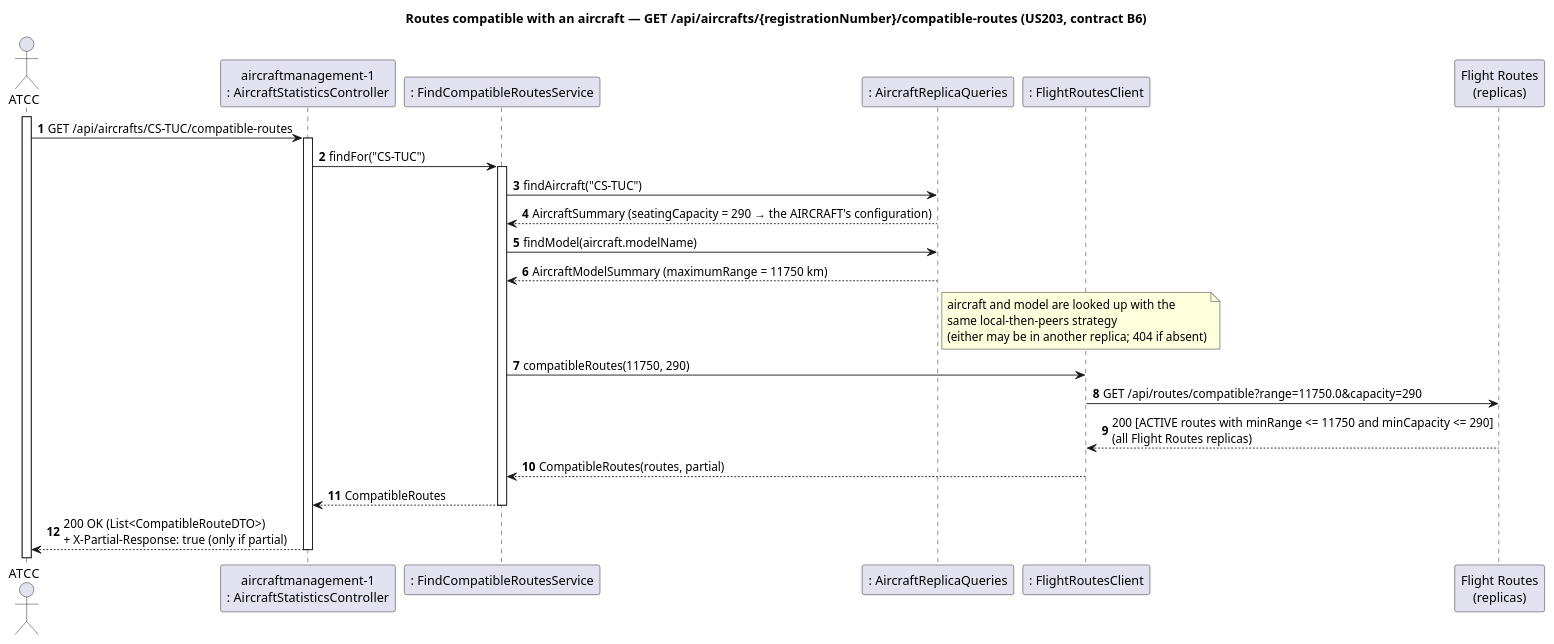
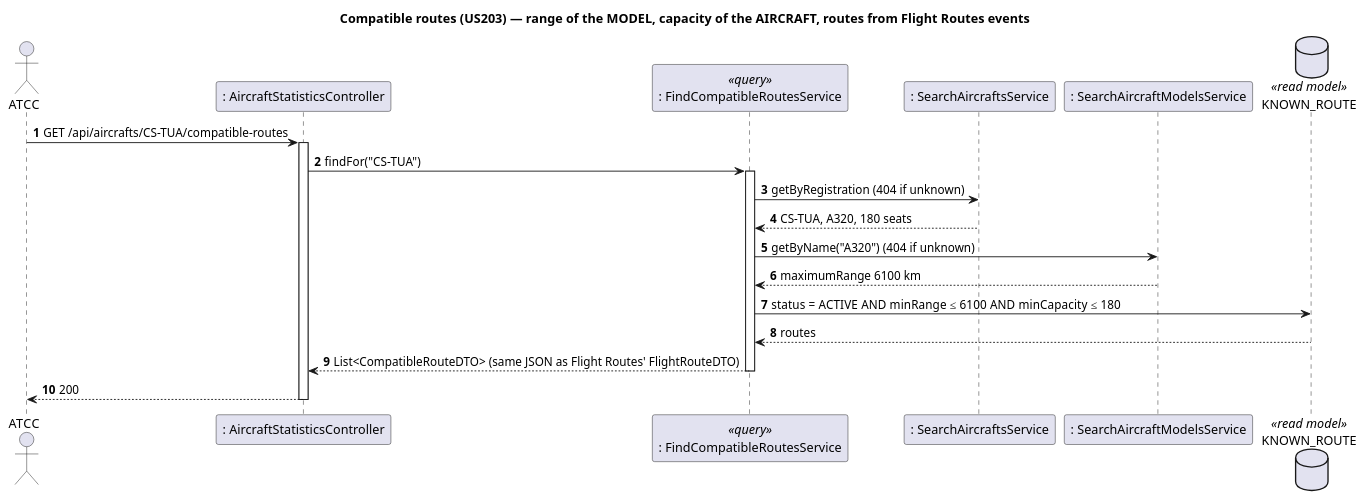
One commit to caetanotiago/Project_SIDIS changed the diagram in docs/5-scenarios/aircraftmanagement/puml/AircraftManagement-SD-CompatibleRoutes.puml. Above: the diagram before and after it, drawn with PlantUML. The commit also changed 146 other files, not shown here.

Commit message:
Aircraft Management: Assignment 2 (CQRS, eventos RabbitMQ, read models, /api/v2/unicorns)

```diff
--- a/docs/5-scenarios/aircraftmanagement/puml/AircraftManagement-SD-CompatibleRoutes.puml
+++ b/docs/5-scenarios/aircraftmanagement/puml/AircraftManagement-SD-CompatibleRoutes.puml
@@ -1,29 +1,25 @@
 @startuml AircraftManagement-SD-CompatibleRoutes
 autonumber
-title Routes compatible with an aircraft — GET /api/aircrafts/{registrationNumber}/compatible-routes (US203, contract B6)
+title Compatible routes (US203) — range of the MODEL, capacity of the AIRCRAFT, routes from Flight Routes events
 actor "ATCC" as ATCC
-participant "aircraftmanagement-1\n: AircraftStatisticsController" as Ctrl
-participant ": FindCompatibleRoutesService" as Service
-participant ": AircraftReplicaQueries" as Queries
-participant ": FlightRoutesClient" as FRC
-participant "Flight Routes\n(replicas)" as FR
+participant ": AircraftStatisticsController" as Ctrl
+participant ": FindCompatibleRoutesService" as S <<query>>
+participant ": SearchAircraftsService" as A
+participant ": SearchAircraftModelsService" as M
+database "KNOWN_ROUTE" as K <<read model>>
 
-activate ATCC
-ATCC -> Ctrl : GET /api/aircrafts/CS-TUC/compatible-routes
+ATCC -> Ctrl : GET /api/aircrafts/CS-TUA/compatible-routes
 activate Ctrl
-Ctrl -> Service : findFor("CS-TUC")
-activate Service
-Service -> Queries : findAircraft("CS-TUC")
-Queries --> Service : AircraftSummary (seatingCapacity = 290 → the AIRCRAFT's configuration)
-Service -> Queries : findModel(aircraft.modelName)
-Queries --> Service : AircraftModelSummary (maximumRange = 11750 km)
-note right of Queries : aircraft and model are looked up with the\nsame local-then-peers strategy\n(either may be in another replica; 404 if absent)
-Service -> FRC : compatibleRoutes(11750, 290)
-FRC -> FR : GET /api/routes/compatible?range=11750.0&capacity=290
-FR --> FRC : 200 [ACTIVE routes with minRange <= 11750 and minCapacity <= 290]\n(all Flight Routes replicas)
-FRC --> Service : CompatibleRoutes(routes, partial)
-Service --> Ctrl : CompatibleRoutes
-deactivate Service
-Ctrl --> ATCC : 200 OK (List<CompatibleRouteDTO>)\n+ X-Partial-Response: true (only if partial)
+Ctrl -> S : findFor("CS-TUA")
+activate S
+S -> A : getByRegistration (404 if unknown)
+A --> S : CS-TUA, A320, 180 seats
+S -> M : getByName("A320") (404 if unknown)
+M --> S : maximumRange 6100 km
+S -> K : status = ACTIVE AND minRange ≤ 6100 AND minCapacity ≤ 180
+K --> S : routes
+S --> Ctrl : List<CompatibleRouteDTO> (same JSON as Flight Routes' FlightRouteDTO)
+deactivate S
+Ctrl --> ATCC : 200
 deactivate Ctrl
 @enduml
```
